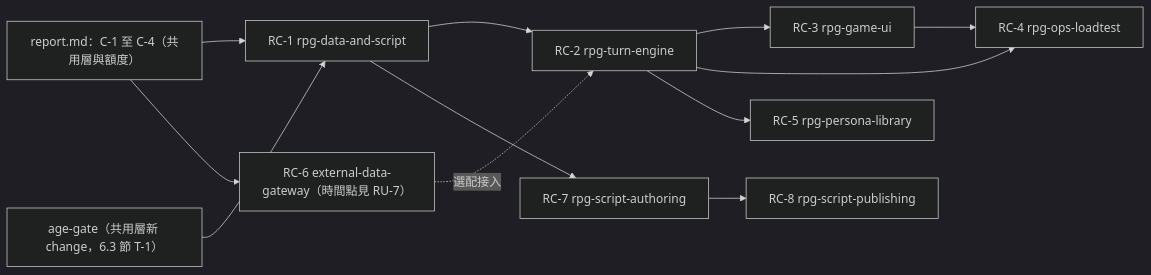
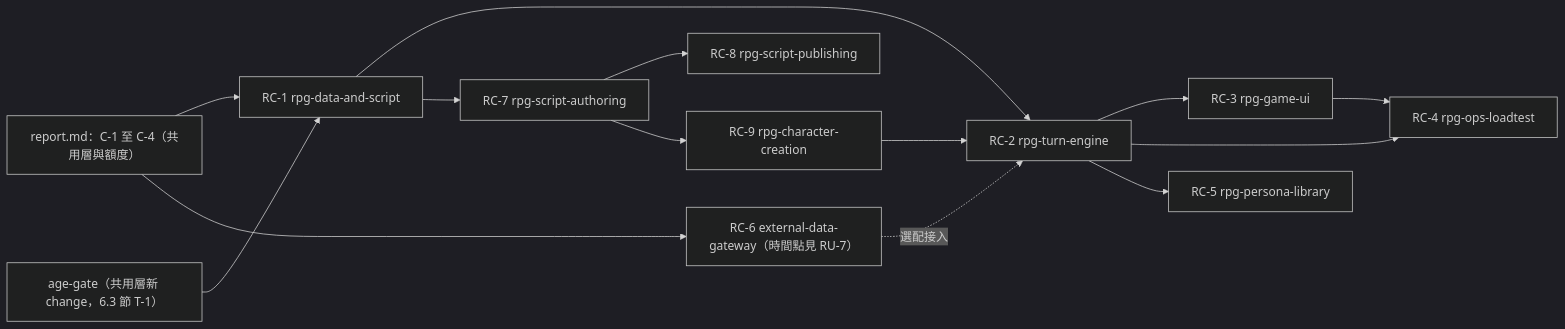
One commit to pp466pp466/R.A.C changed the tenth of 10 diagrams in docs/RPG.md. Above: the diagram before and after it, drawn with Mermaid (dark theme). The commit also changed other lines of this file and 69 other files, not shown here.

First line of the commit message:
實作 rpg-character-creation（RC-9）：玩家主角、AI 生成預覽與開存檔 API（24/24）

````diff
--- a/docs/RPG.md
+++ b/docs/RPG.md
@@ -820,14 +821,16 @@
 ```mermaid
 flowchart LR
     CS["report.md：C-1 至 C-4（共用層與額度）"] --> RC1["RC-1 rpg-data-and-script"]
     RC1 --> RC2["RC-2 rpg-turn-engine"]
     RC2 --> RC3["RC-3 rpg-game-ui"]
     RC2 --> RC4["RC-4 rpg-ops-loadtest"]
     RC3 --> RC4
     AG["age-gate（共用層新 change，6.3 節 T-1）"] --> RC1
     CS --> RC6["RC-6 external-data-gateway（時間點見 RU-7）"]
     RC6 -.->|"選配接入"| RC2
     RC2 --> RC5["RC-5 rpg-persona-library"]
     RC1 --> RC7["RC-7 rpg-script-authoring"]
     RC7 --> RC8["RC-8 rpg-script-publishing"]
+    RC7 --> RC9["RC-9 rpg-character-creation"]
+    RC9 --> RC2
 ```
````
